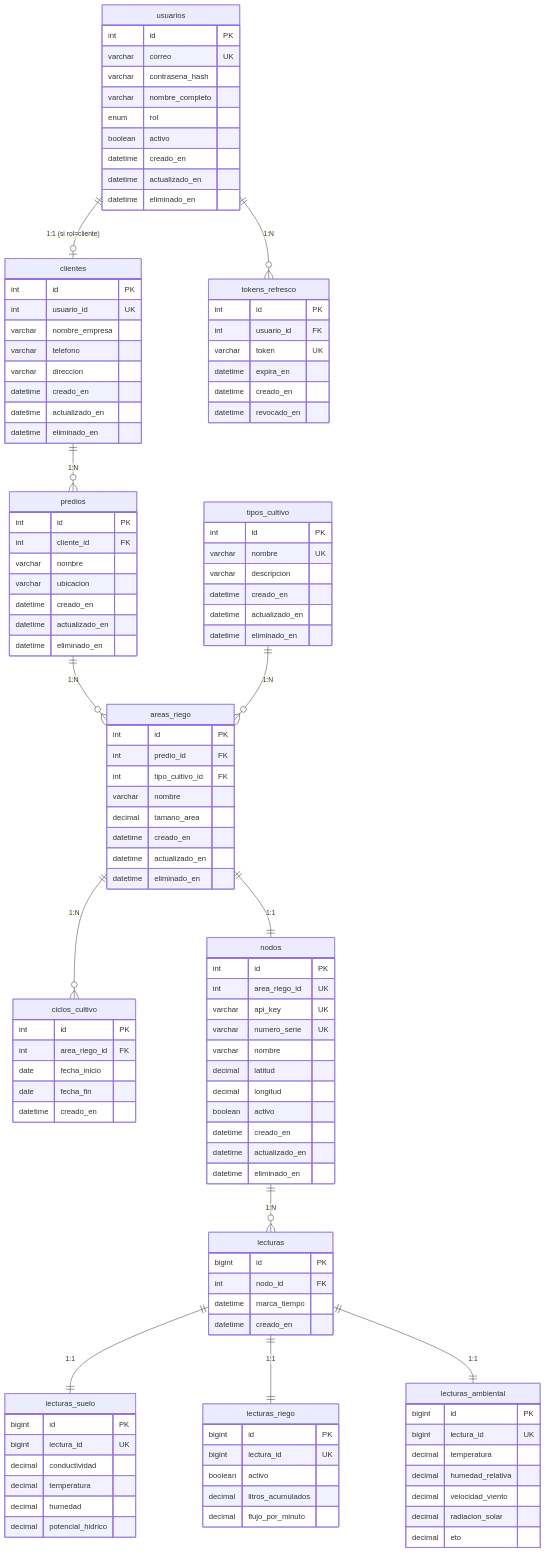
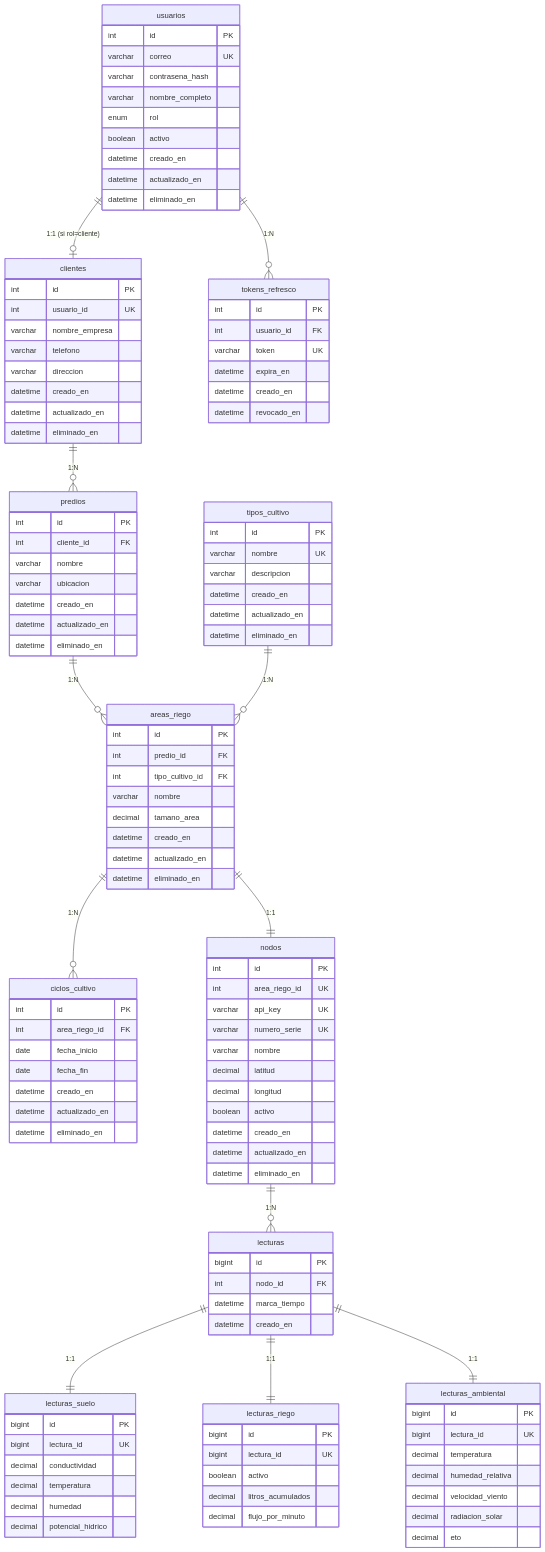
The diagram in agente_base_de_datos.md (Alanzphy/IoT_Sensors), drawn with Mermaid before and after one commit. The commit also changed other lines of this file and 3 other files, not shown here.

Commit message:
fix inconsistencies of database schema

```diff
--- a/agente_base_de_datos.md
+++ b/agente_base_de_datos.md
@@ -556,6 +558,8 @@
         date fecha_inicio
         date fecha_fin
         datetime creado_en
+        datetime actualizado_en
+        datetime eliminado_en
     }
 
     nodos {
```
